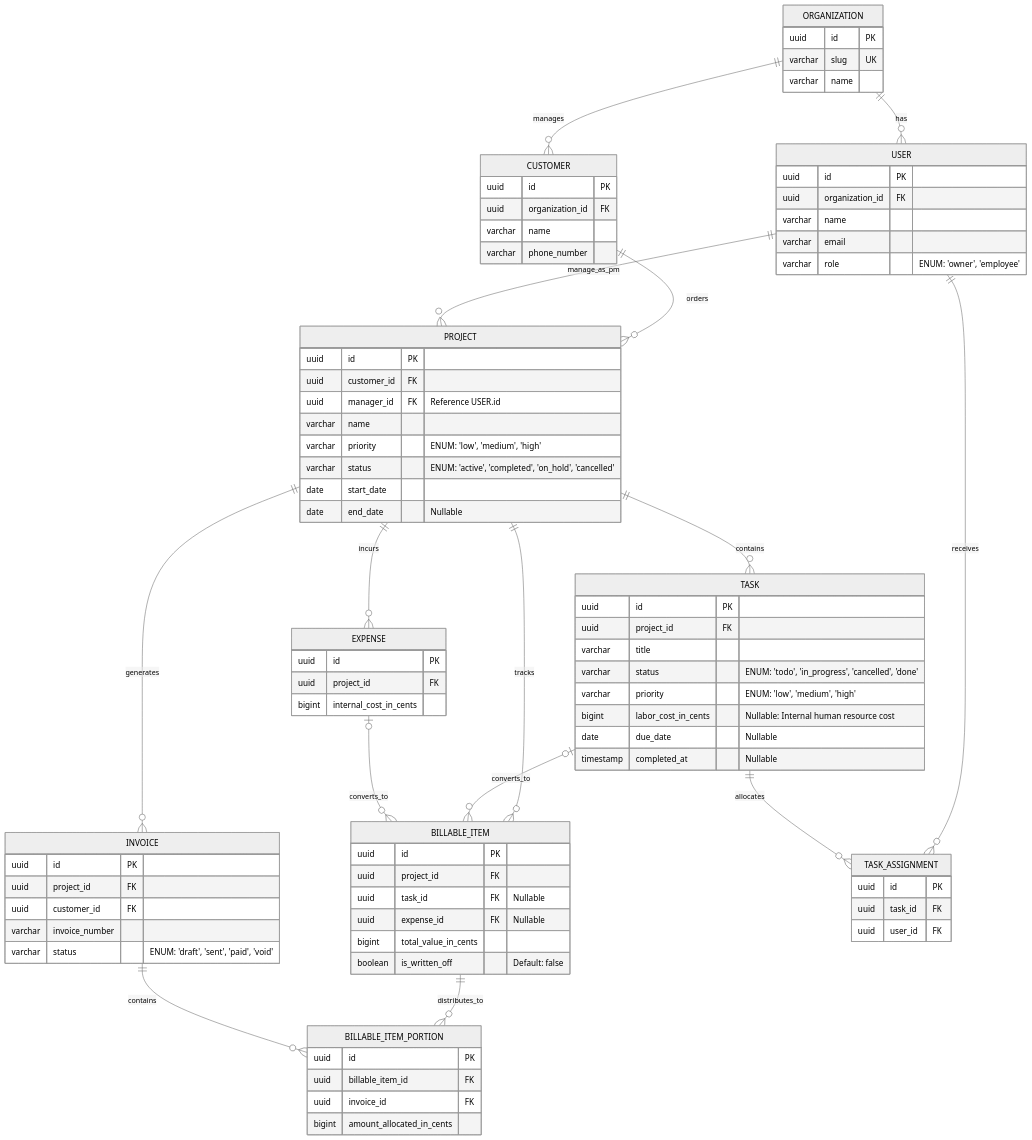
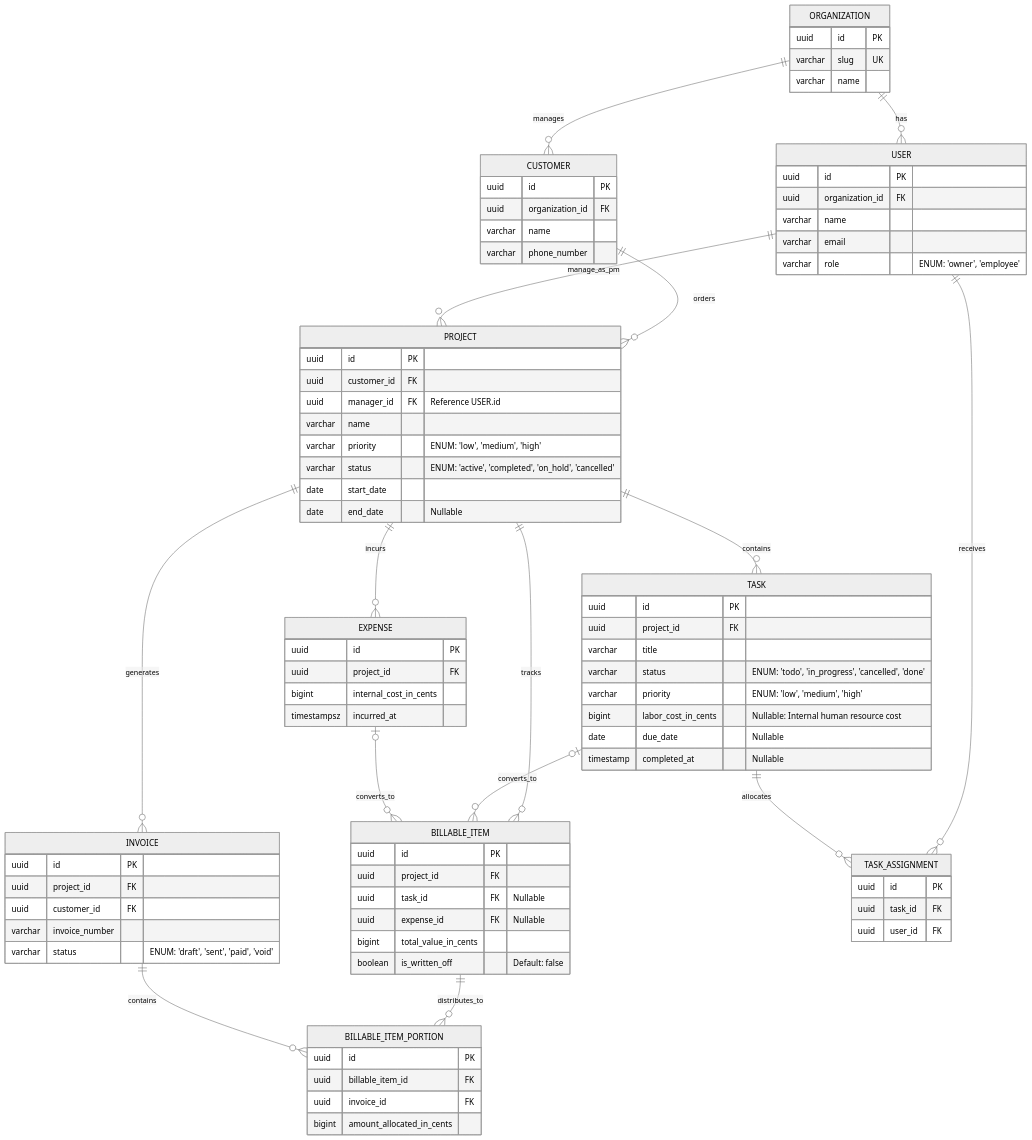
Before and after one commit to mauriciobarda/service-tenant-erp: the diagram in docs/database.md, drawn with Mermaid (neutral theme).

Commit message:
docs: add incurred_at to expenses

```diff
--- a/docs/database.md
+++ b/docs/database.md
@@ -92,6 +92,7 @@
         uuid id PK
         uuid project_id FK
         bigint internal_cost_in_cents
+        timestampsz incurred_at 
     }
 
     BILLABLE_ITEM {
```
